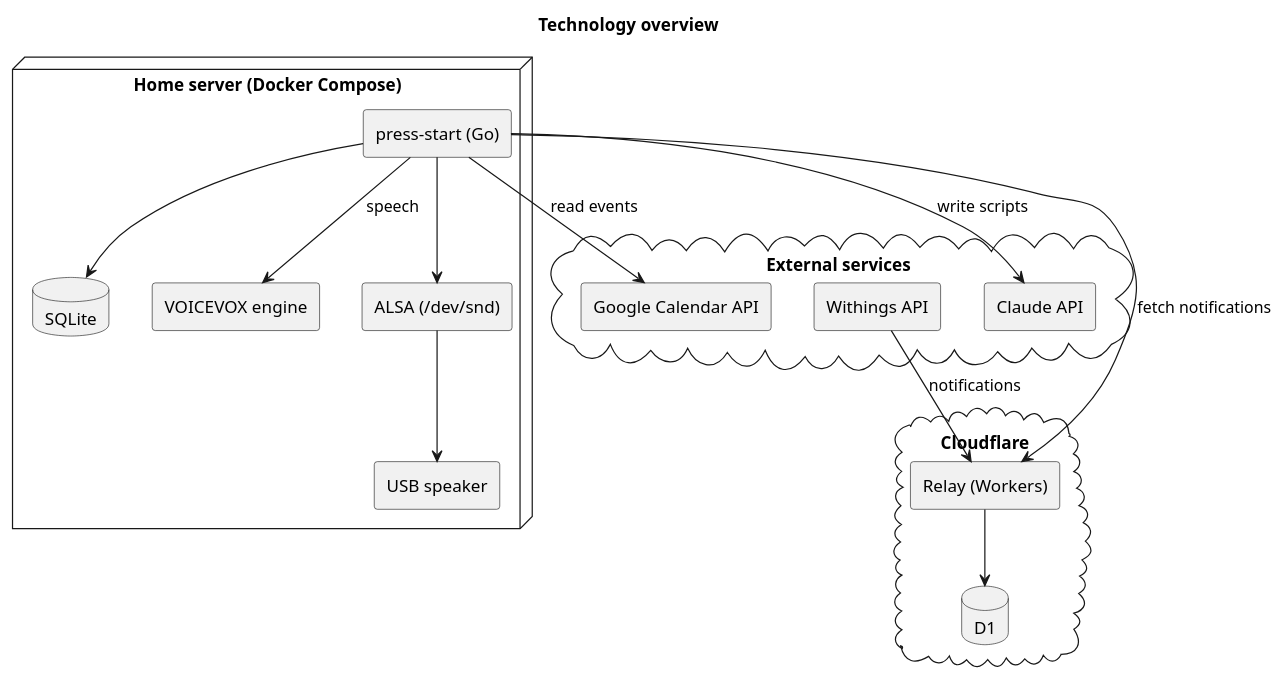
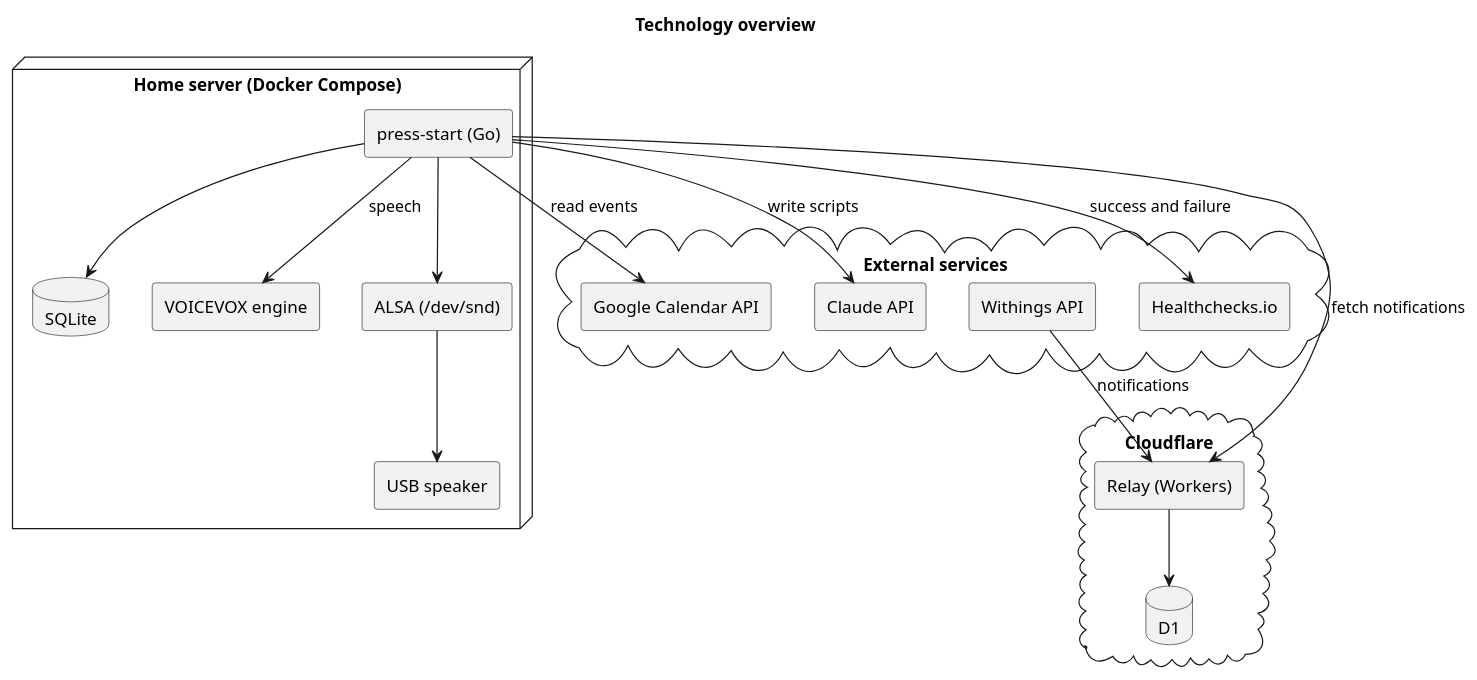
The diagram in docs/ja/requirements/technology.puml (cloveclovedev/press-start), drawn with PlantUML before and after one commit. The commit also changed 3 other files, not shown here.

```diff
--- a/docs/ja/requirements/technology.puml
+++ b/docs/ja/requirements/technology.puml
@@ -1,32 +1,34 @@
 @startuml technology
 title Technology overview
 skinparam shadowing false
 skinparam componentStyle rectangle
 
 cloud "External services" {
   [Google Calendar API] as gcal
   [Withings API] as withings
   [Claude API] as claude
+  [Healthchecks.io] as hc
 }
 cloud "Cloudflare" {
   [Relay (Workers)] as relay
   database "D1" as d1
 }
 node "Home server (Docker Compose)" {
   [press-start (Go)] as app
   database "SQLite" as db
   [VOICEVOX engine] as tts
   [ALSA (/dev/snd)] as audio
   [USB speaker] as speaker
 }
 
 withings --> relay : notifications
 relay --> d1
 app --> gcal : read events
 app --> relay : fetch notifications
 app --> claude : write scripts
+app --> hc : success and failure
 app --> db
 app --> tts : speech
 app --> audio
 audio --> speaker
 @enduml
```
